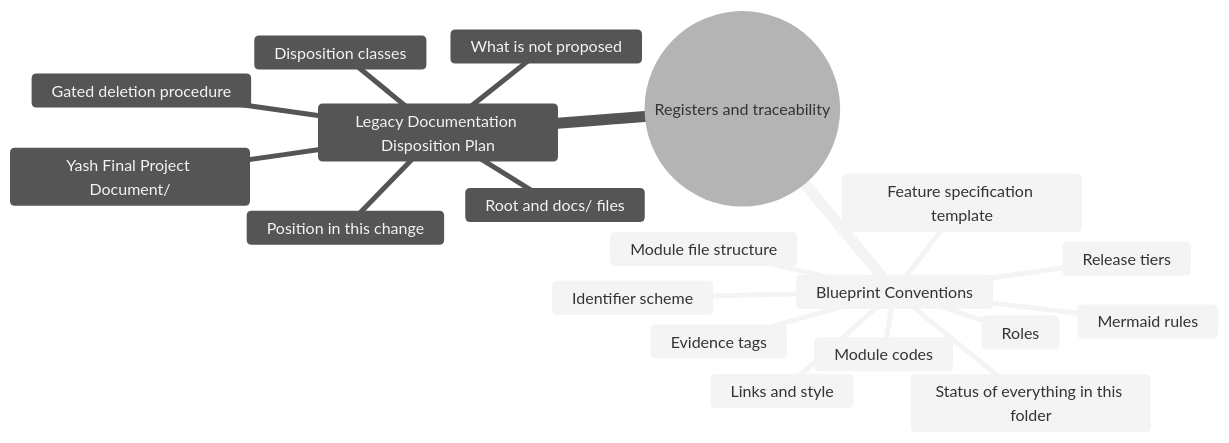
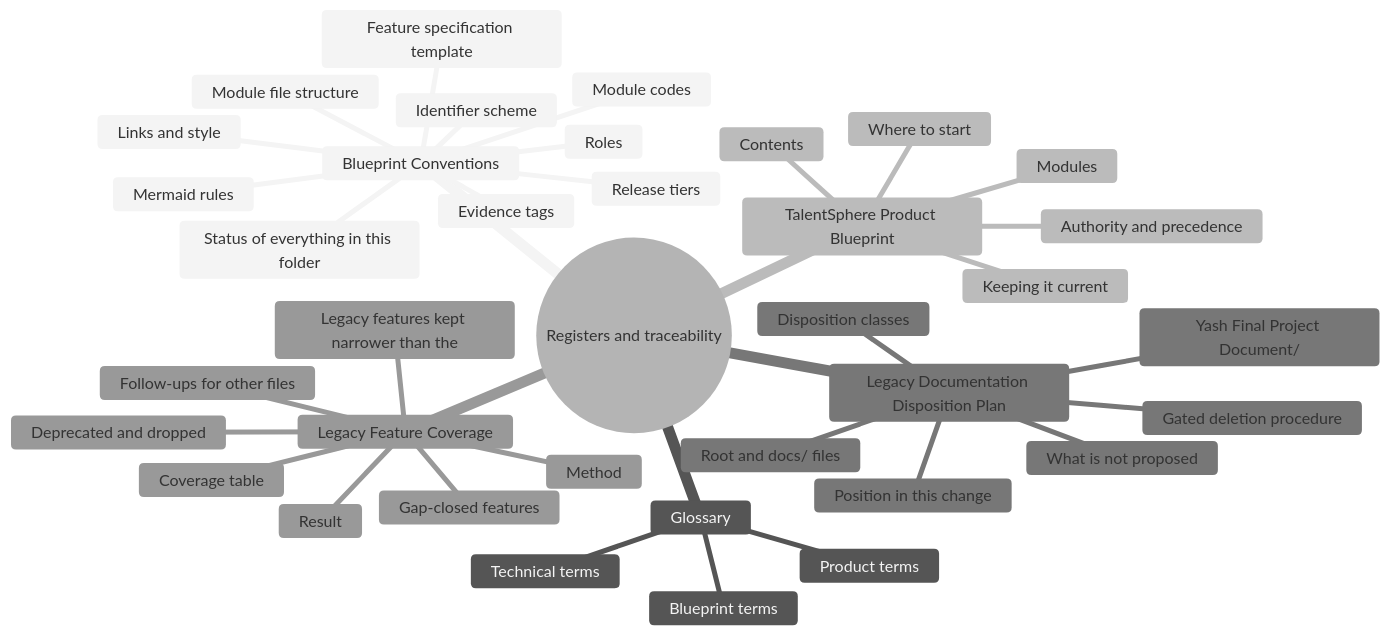
The diagram in PRODUCT_BLUEPRINT/10_MINDMAPS/19_REGISTERS_TRACEABILITY.md (yhsomani/talentsphere-complete), drawn with Mermaid (neutral theme) before and after one commit. The commit also changed other lines of this file and 95 other files, not shown here.

First line of the commit message:
docs: complete from-scratch product blueprint (PRODUCT_BLUEPRINT)

````diff
--- a/PRODUCT_BLUEPRINT/10_MINDMAPS/19_REGISTERS_TRACEABILITY.md
+++ b/PRODUCT_BLUEPRINT/10_MINDMAPS/19_REGISTERS_TRACEABILITY.md
@@ -7,22 +7,40 @@
 ```mermaid
 mindmap
   root((Registers and traceability))
     Blueprint Conventions
       Status of everything in this folder
       Evidence tags
       Identifier scheme
       Module codes
       Roles
       Release tiers
       Feature specification template
       Module file structure
       Mermaid rules
       Links and style
+    Glossary
+      Product terms
+      Blueprint terms
+      Technical terms
+    TalentSphere Product Blueprint
+      Where to start
+      Contents
+      Modules
+      Authority and precedence
+      Keeping it current
     Legacy Documentation Disposition Plan
       Position in this change
       Disposition classes
       Root and docs/ files
       Yash Final Project Document/
       Gated deletion procedure
       What is not proposed
+    Legacy Feature Coverage
+      Method
+      Result
+      Coverage table
+      Gap-closed features
+      Legacy features kept narrower than the
+      Deprecated and dropped
+      Follow-ups for other files
 ```
````
